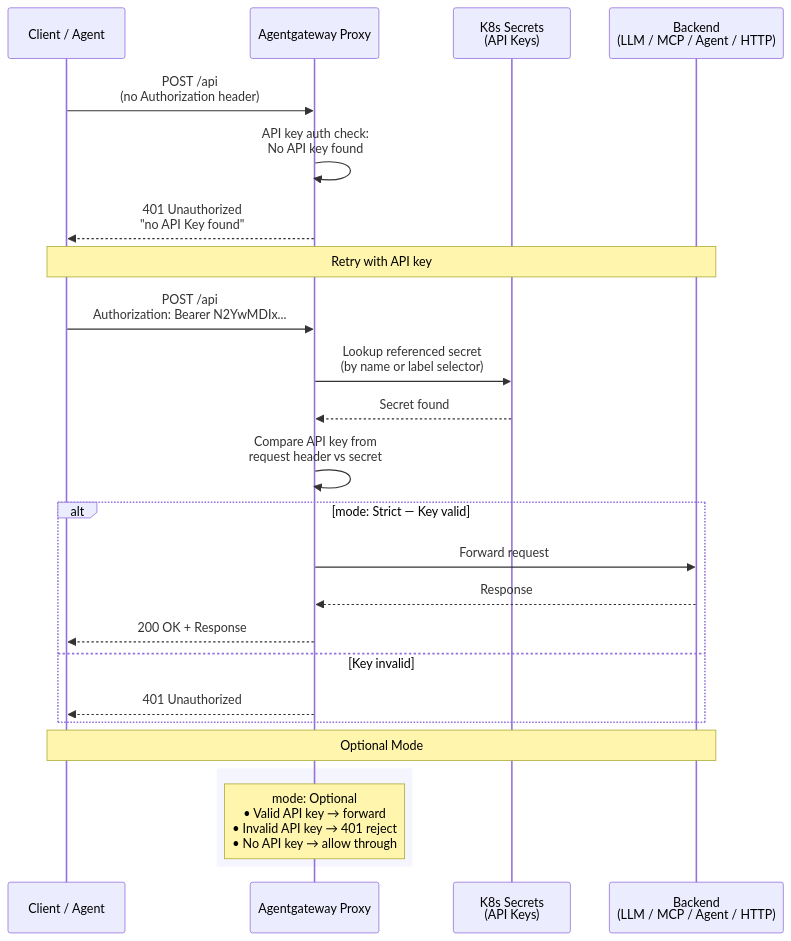
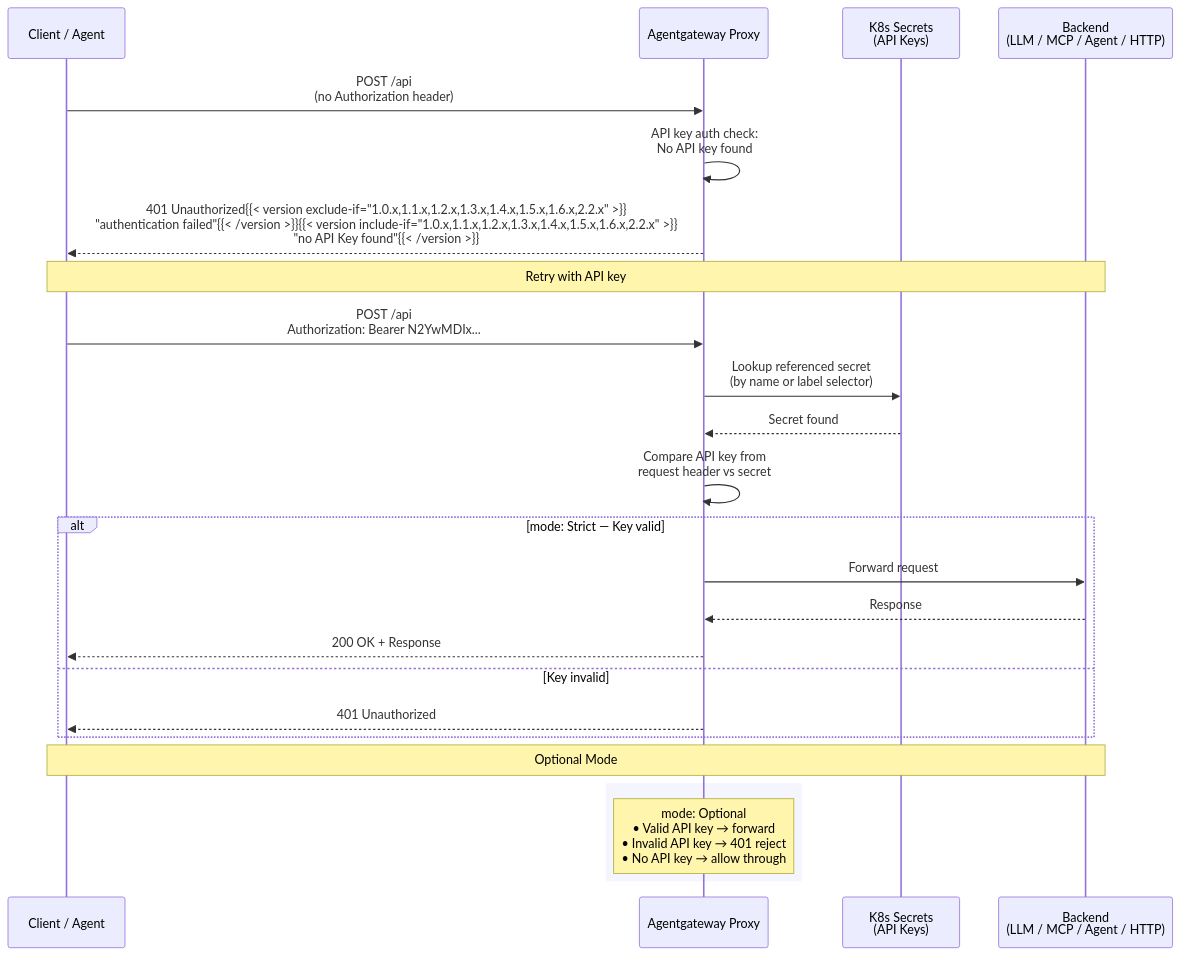
One commit to agentgateway/website changed the diagram in assets/agw-docs/pages/security/apikey-auth.md. Above: the diagram before and after it, drawn with Mermaid. The commit also changed 11 other files, not shown here.

````diff
--- a/assets/agw-docs/pages/security/apikey-auth.md
+++ b/assets/agw-docs/pages/security/apikey-auth.md
@@ -28,36 +28,36 @@
 ```mermaid
 sequenceDiagram
     participant C as Client / Agent
     participant AGW as Agentgateway Proxy
     participant K8s as K8s Secrets<br/>(API Keys)
     participant Backend as Backend<br/>(LLM / MCP / Agent / HTTP)
 
     C->>AGW: POST /api<br/>(no Authorization header)
 
     AGW->>AGW: API key auth check:<br/>No API key found
 
-    AGW-->>C: 401 Unauthorized<br/>"no API Key found"
+    AGW-->>C: 401 Unauthorized{{< version exclude-if="1.0.x,1.1.x,1.2.x,1.3.x,1.4.x,1.5.x,1.6.x,2.2.x" >}}<br/>"authentication failed"{{< /version >}}{{< version include-if="1.0.x,1.1.x,1.2.x,1.3.x,1.4.x,1.5.x,1.6.x,2.2.x" >}}<br/>"no API Key found"{{< /version >}}
 
     Note over C,Backend: Retry with API key
 
     C->>AGW: POST /api<br/>Authorization: Bearer N2YwMDIx...
 
     AGW->>K8s: Lookup referenced secret<br/>(by name or label selector)
     K8s-->>AGW: Secret found
 
     AGW->>AGW: Compare API key from<br/>request header vs secret
 
     alt mode: Strict — Key valid
         AGW->>Backend: Forward request
         Backend-->>AGW: Response
         AGW-->>C: 200 OK + Response
     else Key invalid
         AGW-->>C: 401 Unauthorized
     end
 
     Note over C,Backend: Optional Mode
 
     rect rgb(245, 245, 255)
         Note over AGW: mode: Optional<br/>• Valid API key → forward<br/>• Invalid API key → 401 reject<br/>• No API key → allow through
     end
 ```
````
